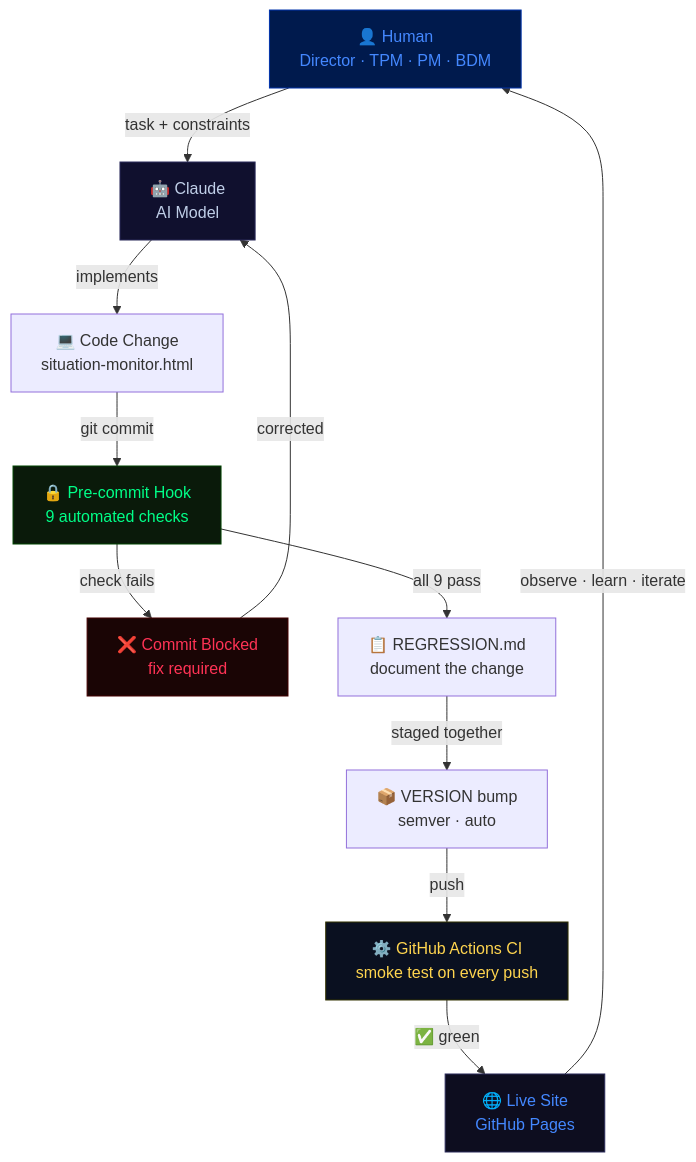
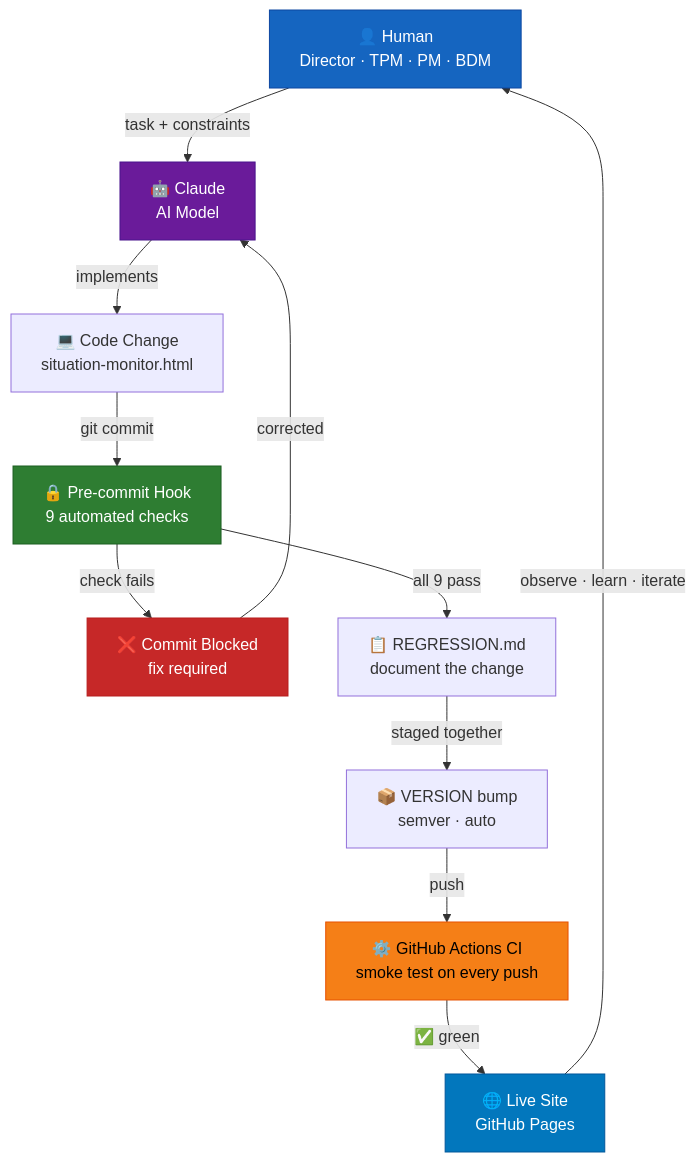
Before and after one commit to jmantyne/situation-monitor: the first of 3 diagrams in docs/ARCHITECTURE.md, drawn with Mermaid. The commit also changed other lines of this file and 2 other files, not shown here.

Commit message:
Fix: Mermaid diagram colors — replace near-black fills with GitHub-readable colors
https://claude.ai/code/session_01E4D685Rp75ZiBCyEABpYRs

````diff
--- a/docs/ARCHITECTURE.md
+++ b/docs/ARCHITECTURE.md
@@ -11,30 +11,30 @@
 ```mermaid
 flowchart TD
     H["👤 Human\nDirector · TPM · PM · BDM"]
     A["🤖 Claude\nAI Model"]
     CH["💻 Code Change\nsituation-monitor.html"]
     HC["🔒 Pre-commit Hook\n9 automated checks"]
     BL["❌ Commit Blocked\nfix required"]
     RG["📋 REGRESSION.md\ndocument the change"]
     VB["📦 VERSION bump\nsemver · auto"]
     CI["⚙️ GitHub Actions CI\nsmoke test on every push"]
     LS["🌐 Live Site\nGitHub Pages"]
 
     H -->|"task + constraints"| A
     A -->|"implements"| CH
     CH -->|"git commit"| HC
     HC -->|"check fails"| BL
     BL -->|"corrected"| A
     HC -->|"all 9 pass"| RG
     RG -->|"staged together"| VB
     VB -->|"push"| CI
     CI -->|"✅ green"| LS
     LS -->|"observe · learn · iterate"| H
 
-    style H fill:#001a4d,color:#4488ff,stroke:#0033aa
-    style A fill:#10102e,color:#c0cfe8,stroke:#2a2a5a
-    style HC fill:#0a1a0a,color:#00ff88,stroke:#004400
-    style BL fill:#1a0505,color:#ff3355,stroke:#440000
-    style CI fill:#0a1020,color:#ffd54f,stroke:#333300
-    style LS fill:#0d0d1f,color:#4488ff,stroke:#2a2a5a
+    style H fill:#1565c0,color:#ffffff,stroke:#0d47a1
+    style A fill:#6a1b9a,color:#ffffff,stroke:#4a148c
+    style HC fill:#2e7d32,color:#ffffff,stroke:#1b5e20
+    style BL fill:#c62828,color:#ffffff,stroke:#b71c1c
+    style CI fill:#f57f17,color:#000000,stroke:#e65100
+    style LS fill:#0277bd,color:#ffffff,stroke:#01579b
 ```
````
